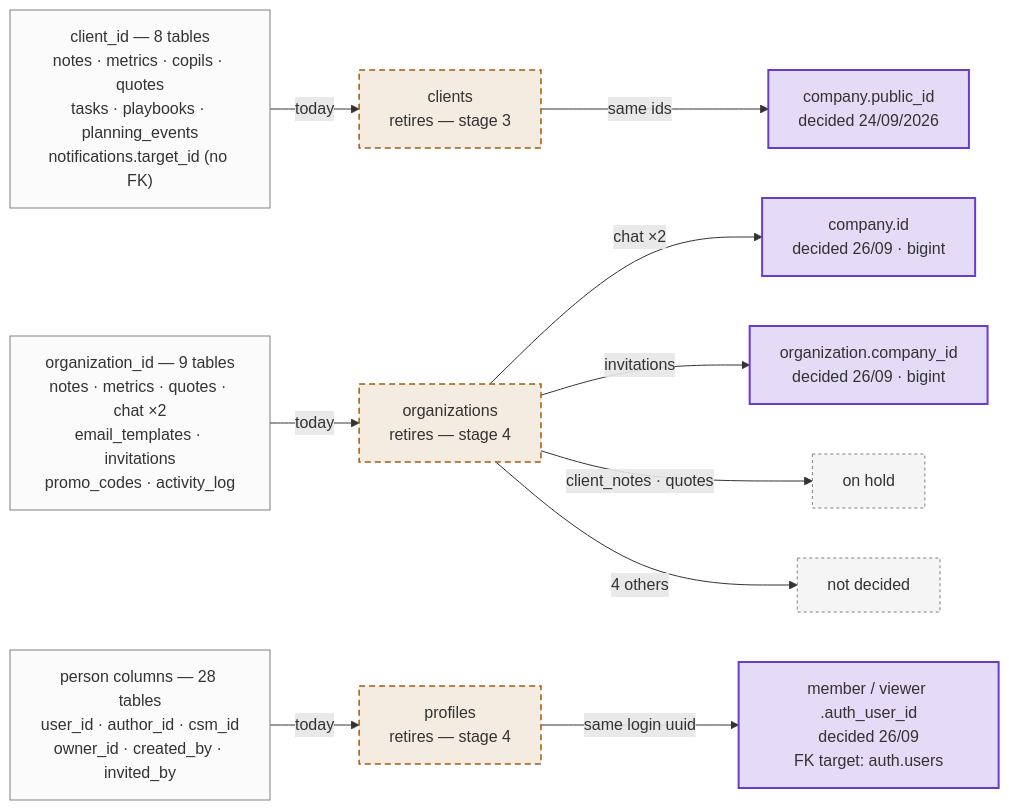
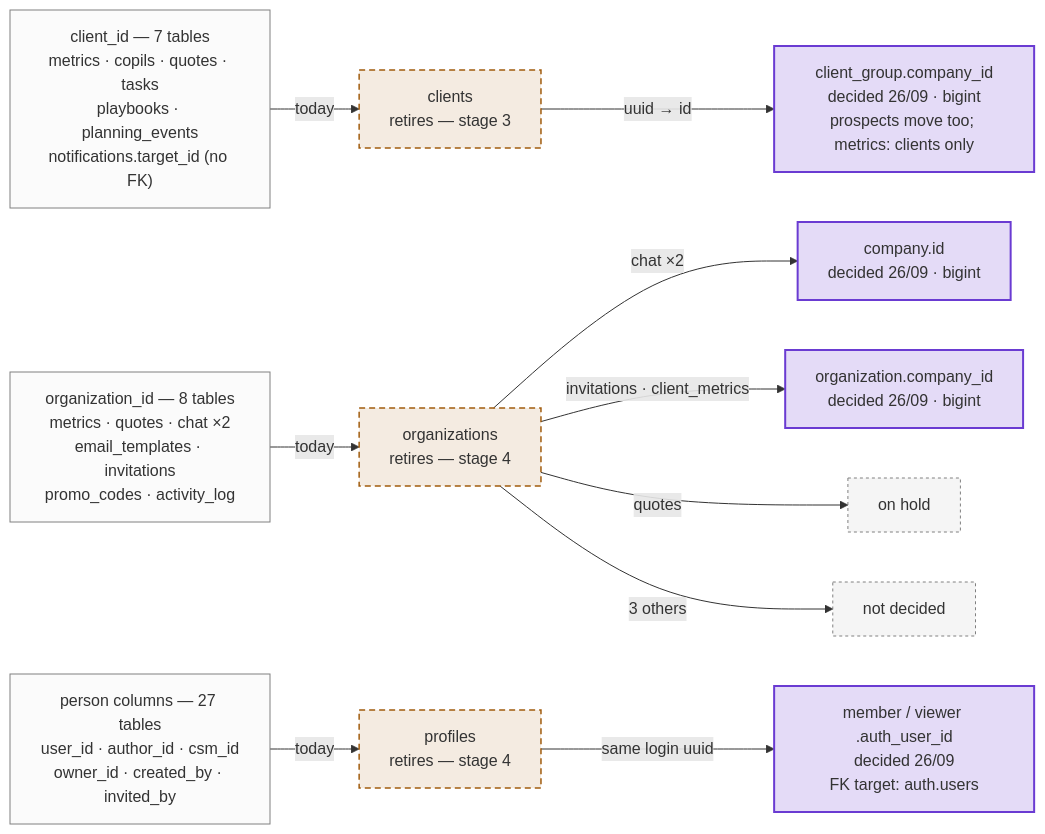
The sixth of 9 diagrams in docs/DATABASE_DIAGRAM_CORE_V2.md (modeun92/scalyo_new), drawn with Mermaid before and after one commit. The commit also changed other lines of this file and 6 other files, not shown here.

````diff
--- a/docs/DATABASE_DIAGRAM_CORE_V2.md
+++ b/docs/DATABASE_DIAGRAM_CORE_V2.md
@@ -357,14 +356,14 @@
 ```mermaid
 flowchart LR
   classDef old fill:#A15C0E1F,stroke:#A15C0E,stroke-width:1.5px,stroke-dasharray:6 4;
   classDef v2 fill:#6A3BD22E,stroke:#6A3BD2,stroke-width:2px;
   classDef open fill:#80808014,stroke:#808080,stroke-dasharray:3 3;
   classDef src fill:#80808008,stroke:#808080;
-  S1["client_id — 8 tables<br/>notes · metrics · copils · quotes<br/>tasks · playbooks · planning_events<br/>notifications.target_id (no FK)"]:::src -- today --> O1["clients<br/>retires — stage 3"]:::old -- "same ids" --> N1["company.public_id<br/>decided 24/09/2026"]:::v2
-  S2["organization_id — 9 tables<br/>notes · metrics · quotes · chat ×2<br/>email_templates · invitations<br/>promo_codes · activity_log"]:::src -- today --> O2["organizations<br/>retires — stage 4"]:::old
+  S1["client_id — 7 tables<br/>metrics · copils · quotes · tasks<br/>playbooks · planning_events<br/>notifications.target_id (no FK)"]:::src -- today --> O1["clients<br/>retires — stage 3"]:::old -- "uuid → id" --> N1["client_group.company_id<br/>decided 26/09 · bigint<br/>prospects move too; metrics: clients only"]:::v2
+  S2["organization_id — 8 tables<br/>metrics · quotes · chat ×2<br/>email_templates · invitations<br/>promo_codes · activity_log"]:::src -- today --> O2["organizations<br/>retires — stage 4"]:::old
   O2 -- "chat ×2" --> N2a["company.id<br/>decided 26/09 · bigint"]:::v2
-  O2 -- "invitations" --> N2b["organization.company_id<br/>decided 26/09 · bigint"]:::v2
-  O2 -- "client_notes · quotes" --> N2c["on hold"]:::open
-  O2 -- "4 others" --> N2d["not decided"]:::open
-  S3["person columns — 28 tables<br/>user_id · author_id · csm_id<br/>owner_id · created_by · invited_by"]:::src -- today --> O3["profiles<br/>retires — stage 4"]:::old -- "same login uuid" --> N3["member / viewer .auth_user_id<br/>decided 26/09<br/>FK target: auth.users"]:::v2
+  O2 -- "invitations · client_metrics" --> N2b["organization.company_id<br/>decided 26/09 · bigint"]:::v2
+  O2 -- "quotes" --> N2c["on hold"]:::open
+  O2 -- "3 others" --> N2d["not decided"]:::open
+  S3["person columns — 27 tables<br/>user_id · author_id · csm_id<br/>owner_id · created_by · invited_by"]:::src -- today --> O3["profiles<br/>retires — stage 4"]:::old -- "same login uuid" --> N3["member / viewer .auth_user_id<br/>decided 26/09<br/>FK target: auth.users"]:::v2
 ```
````
